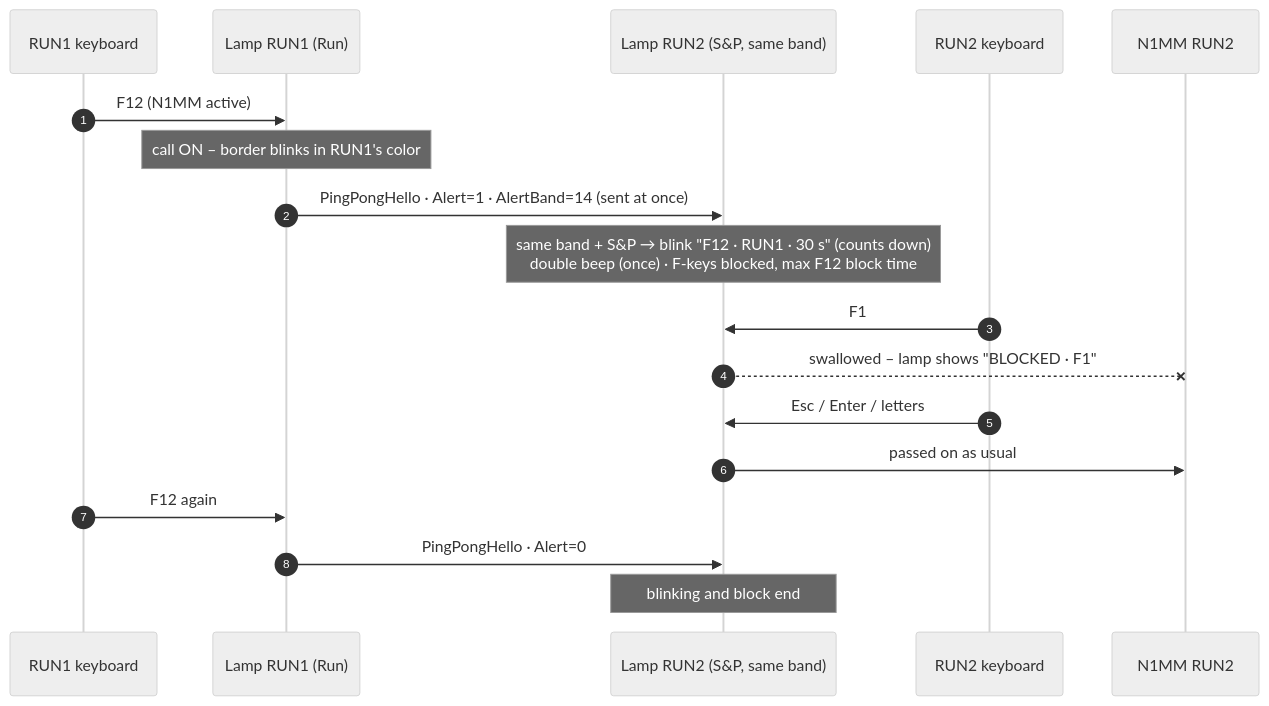
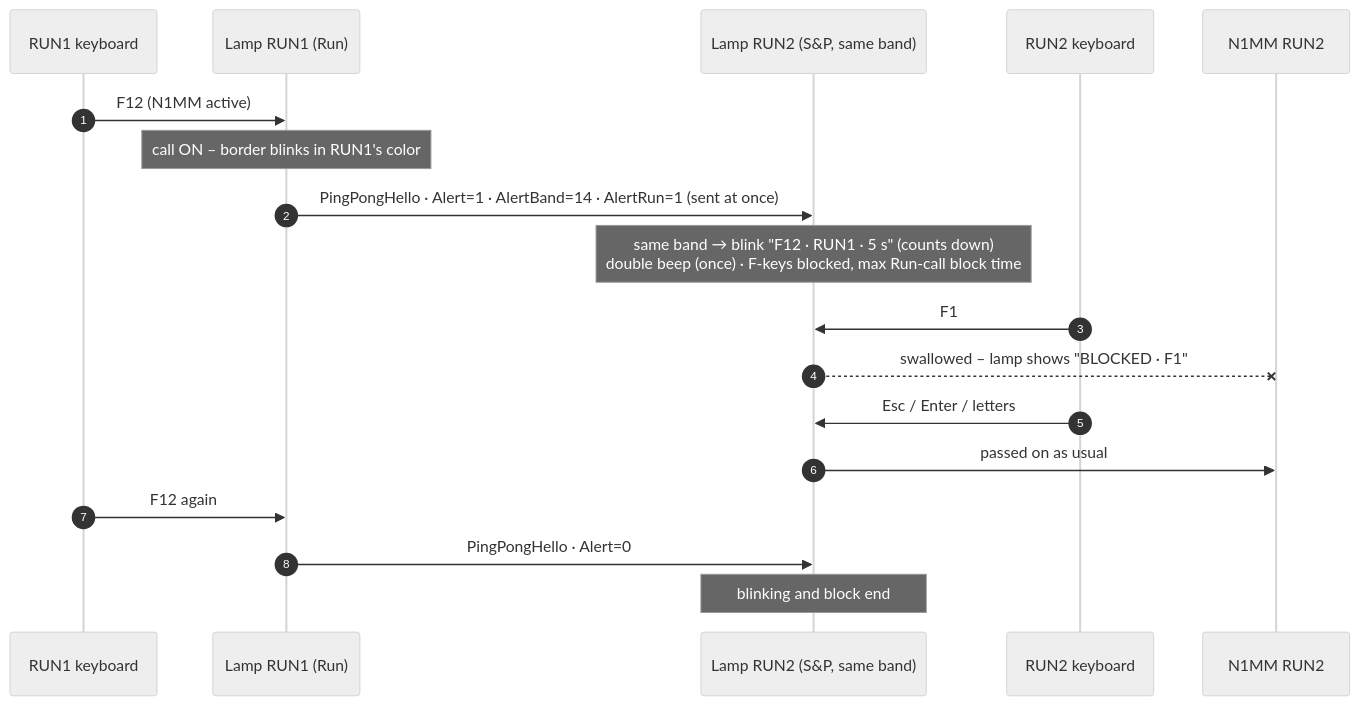
One commit to s55oo/N1MMPingPong changed the third of 7 diagrams in docs/COMMUNICATION.md. Above: the diagram before and after it, drawn with Mermaid (neutral theme). The commit also changed other lines of this file and 4 other files, not shown here.

First line of the commit message:
v1.50: Run F12 call reaches all stations with its own block time (default 5 s); S&P call as before

````diff
--- a/docs/COMMUNICATION.md
+++ b/docs/COMMUNICATION.md
@@ -156,21 +166,21 @@
 ```mermaid
 sequenceDiagram
     autonumber
     participant K1 as RUN1 keyboard
     participant L1 as Lamp RUN1 (Run)
     participant L2 as Lamp RUN2 (S&P, same band)
     participant K2 as RUN2 keyboard
     participant N2 as N1MM RUN2
 
     K1->>L1: F12 (N1MM active)
     Note over L1: call ON – border blinks in RUN1's color
-    L1->>L2: PingPongHello · Alert=1 · AlertBand=14 (sent at once)
-    Note over L2: same band + S&P → blink "F12 · RUN1 · 30 s" (counts down)<br/>double beep (once) · F-keys blocked, max F12 block time
+    L1->>L2: PingPongHello · Alert=1 · AlertBand=14 · AlertRun=1 (sent at once)
+    Note over L2: same band → blink "F12 · RUN1 · 5 s" (counts down)<br/>double beep (once) · F-keys blocked, max Run-call block time
     K2->>L2: F1
     L2--xN2: swallowed – lamp shows "BLOCKED · F1"
     K2->>L2: Esc / Enter / letters
     L2->>N2: passed on as usual
     K1->>L1: F12 again
     L1->>L2: PingPongHello · Alert=0
     Note over L2: blinking and block end
 ```
````
